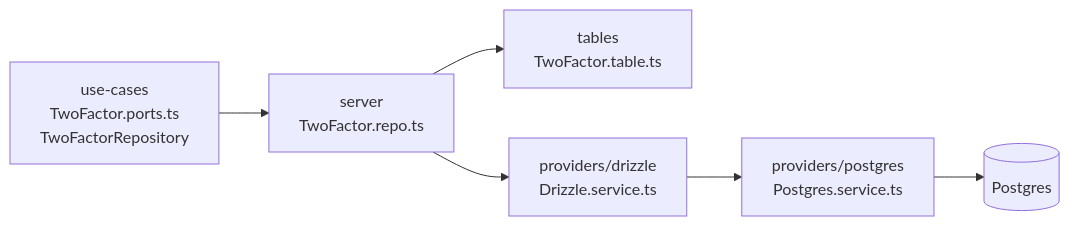
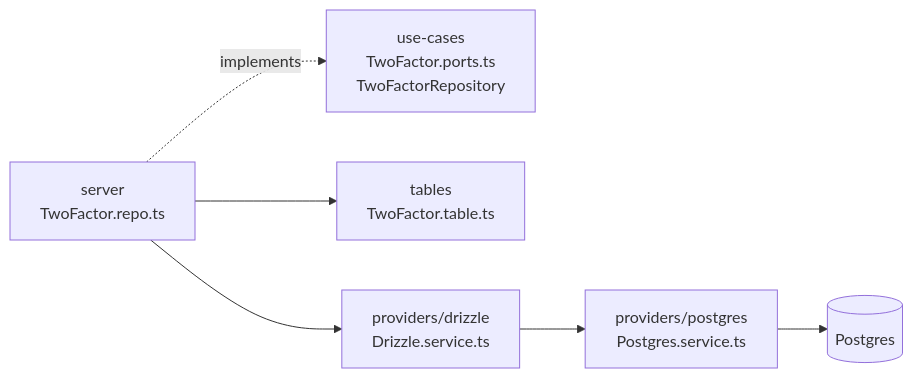
Before and after one commit to kriegcloud/beep-effect: the third of 6 diagrams in standards/ARCHITECTURE.md, drawn with Mermaid. The commit also changed other lines of this file and 1 other file, not shown here.

Commit message:
architecture stuff

````diff
--- a/standards/ARCHITECTURE.md
+++ b/standards/ARCHITECTURE.md
@@ -548,15 +570,15 @@
 ```mermaid
 flowchart LR
   usecases["use-cases\nTwoFactor.ports.ts\nTwoFactorRepository"]
   server["server\nTwoFactor.repo.ts"]
   tables["tables\nTwoFactor.table.ts"]
   drizzle["providers/drizzle\nDrizzle.service.ts"]
   postgres["providers/postgres\nPostgres.service.ts"]
   db[("Postgres")]
 
-  usecases --> server
+  server -. "implements" .-> usecases
   server --> tables
   server --> drizzle
   drizzle --> postgres
   postgres --> db
 ```
````
